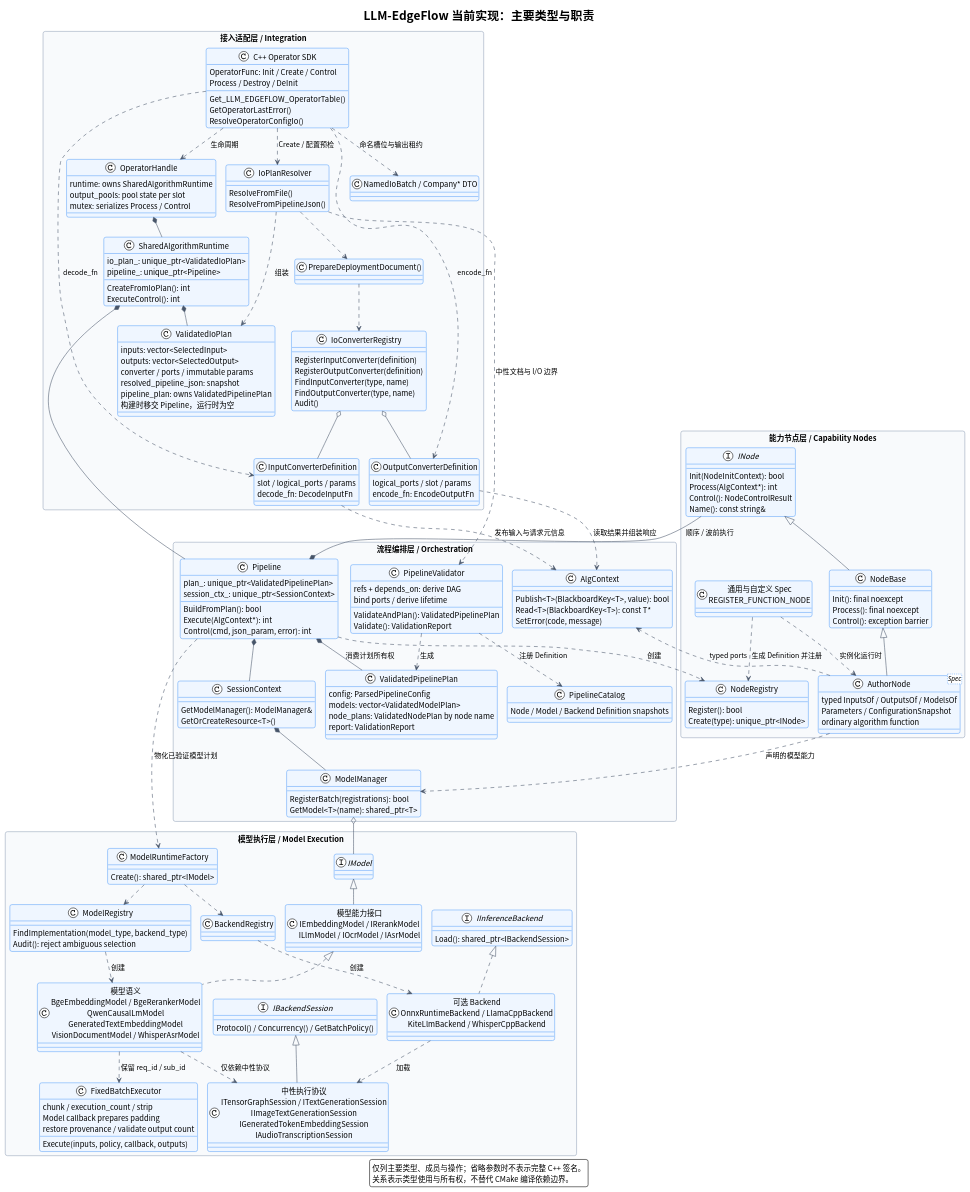
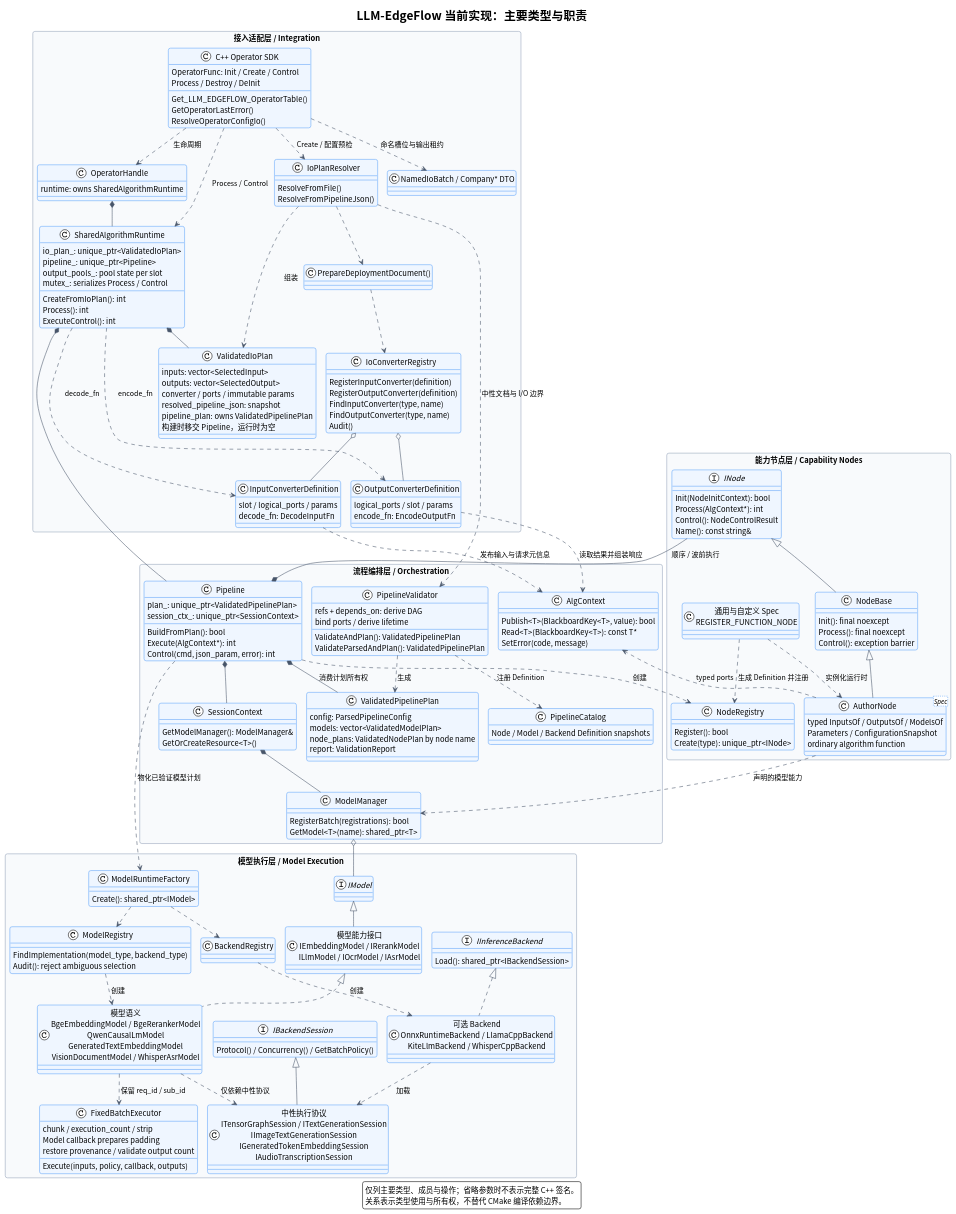
Before and after one commit to chamsechan/LLM-EdgeFlow: the diagram in doc/architecture_classes.puml, drawn with PlantUML. The commit also changed 24 other files, not shown here.

```diff
--- a/doc/architecture_classes.puml
+++ b/doc/architecture_classes.puml
@@ -29,13 +29,14 @@
   }
   class OperatorHandle {
     runtime: owns SharedAlgorithmRuntime
-    output_pools: pool state per slot
-    mutex: serializes Process / Control
   }
   class SharedAlgorithmRuntime {
     io_plan_: unique_ptr<ValidatedIoPlan>
     pipeline_: unique_ptr<Pipeline>
+    output_pools_: pool state per slot
+    mutex_: serializes Process / Control
     CreateFromIoPlan(): int
+    Process(): int
     ExecuteControl(): int
   }
   class ValidatedIoPlan {
@@ -74,7 +75,7 @@
     ValidateAndPlan(): ValidatedPipelinePlan
     refs + depends_on: derive DAG
     bind ports / derive lifetime
-    Validate(): ValidationReport
+    ValidateParsedAndPlan(): ValidatedPipelinePlan
   }
   class ValidatedPipelinePlan {
     config: ParsedPipelineConfig
@@ -171,8 +172,9 @@
 IoPlanResolver ..> ValidatedIoPlan : 组装
 IoConverterRegistry o-- InputConverterDefinition
 IoConverterRegistry o-- OutputConverterDefinition
-Operator ..> InputConverterDefinition : decode_fn
-Operator ..> OutputConverterDefinition : encode_fn
+Operator ..> SharedAlgorithmRuntime : Process / Control
+SharedAlgorithmRuntime ..> InputConverterDefinition : decode_fn
+SharedAlgorithmRuntime ..> OutputConverterDefinition : encode_fn
 InputConverterDefinition ..> AlgContext : 发布输入与请求元信息
 OutputConverterDefinition ..> AlgContext : 读取结果并组装响应
 PipelineValidator ..> PipelineCatalog : 注册 Definition
```
